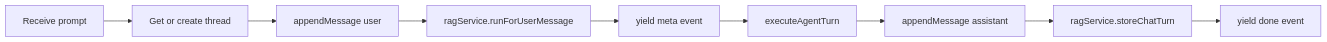
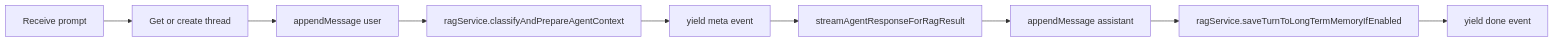
The third of 11 diagrams in agenFlow.md (learner-enthusiast/NoClickMail), drawn with Mermaid before and after one commit. The commit also changed other lines of this file and 33 other files, not shown here.

````diff
--- a/agenFlow.md
+++ b/agenFlow.md
@@ -76,11 +76,11 @@
 ```mermaid
 flowchart LR
     A[Receive prompt] --> B[Get or create thread]
     B --> C[appendMessage user]
-    C --> D[ragService.runForUserMessage]
+    C --> D[ragService.classifyAndPrepareAgentContext]
     D --> E[yield meta event]
-    E --> F[executeAgentTurn]
+    E --> F[streamAgentResponseForRagResult]
     F --> G[appendMessage assistant]
-    G --> H[ragService.storeChatTurn]
+    G --> H[ragService.saveTurnToLongTermMemoryIfEnabled]
     H --> I[yield done event]
 ```
````
